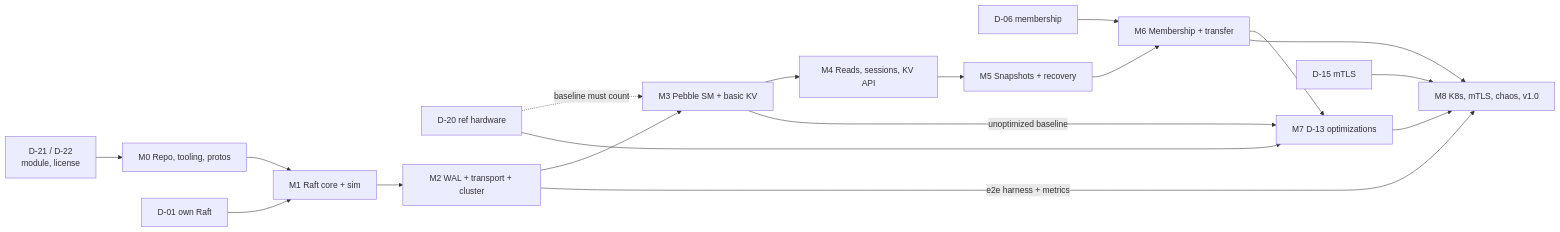
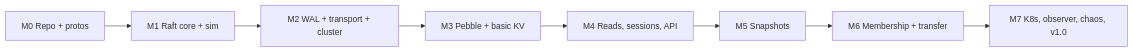
The second of 2 diagrams in docs/implementation-roadmap.md (bibekgupta3333/raftkv-distributed-store), drawn with Mermaid before and after one commit. The commit also changed other lines of this file and 1 other file, not shown here.

First line of the commit message:
docs: replan roadmap and WBS for milestones M0-M7

````diff
--- a/docs/implementation-roadmap.md
+++ b/docs/implementation-roadmap.md
@@ -99,21 +61,10 @@
 ```mermaid
 flowchart LR
-    D21[D-21 / D-22<br/>module, license] --> M0
-    D01[D-01 own Raft] --> M1
-    D20[D-20 ref hardware] -.baseline must count.-> M3
-    D20 --> M7
-    D06[D-06 membership] --> M6
-    D15[D-15 mTLS] --> M8
-
-    M0[M0 Repo, tooling, protos] --> M1[M1 Raft core + sim]
+    M0[M0 Repo + protos] --> M1[M1 Raft core + sim]
     M1 --> M2[M2 WAL + transport + cluster]
-    M2 --> M3[M3 Pebble SM + basic KV]
-    M3 --> M4[M4 Reads, sessions, KV API]
-    M4 --> M5[M5 Snapshots + recovery]
+    M2 --> M3[M3 Pebble + basic KV]
+    M3 --> M4[M4 Reads, sessions, API]
+    M4 --> M5[M5 Snapshots]
     M5 --> M6[M6 Membership + transfer]
-    M3 -- unoptimized baseline --> M7[M7 D-13 optimizations]
-    M6 --> M7
-    M2 -- e2e harness + metrics --> M8[M8 K8s, mTLS, chaos, v1.0]
-    M6 --> M8
-    M7 --> M8
+    M6 --> M7[M7 K8s, observer, chaos, v1.0]
 ```
````
